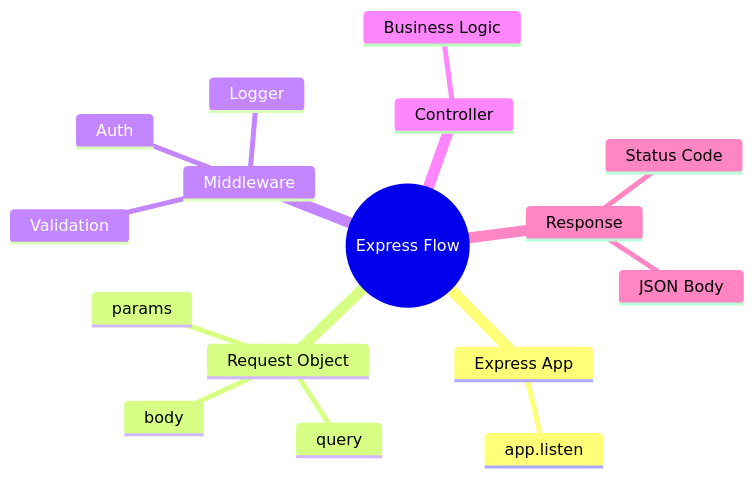
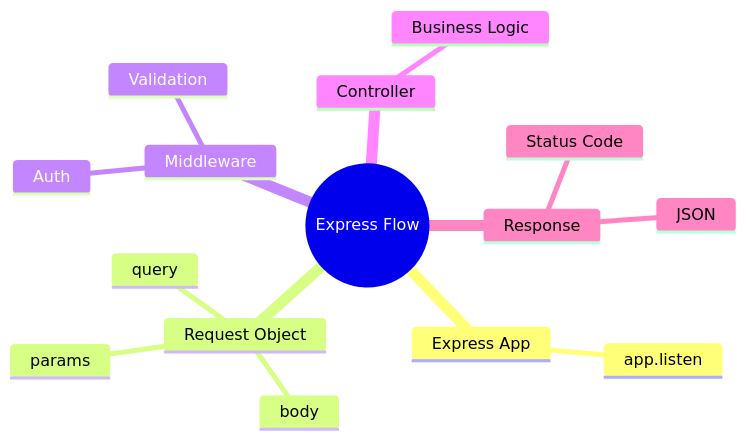
One commit to PrajwalAmbekar/Backend-Learning changed the fourth of 4 diagrams in HTTP_Lifecycle/http_req_res_lifecycle.md. Above: the diagram before and after it, drawn with Mermaid. The commit also changed other lines of this file, not shown here.

````diff
--- a/HTTP_Lifecycle/http_req_res_lifecycle.md
+++ b/HTTP_Lifecycle/http_req_res_lifecycle.md
@@ -146,19 +83,18 @@
 ```mermaid
 mindmap
   root((Express Flow))
     Express App
       app.listen
     Request Object
       params
       query
       body
     Middleware
       Auth
       Validation
-      Logger
     Controller
       Business Logic
     Response
       Status Code
-      JSON Body
+      JSON
 ```
````
